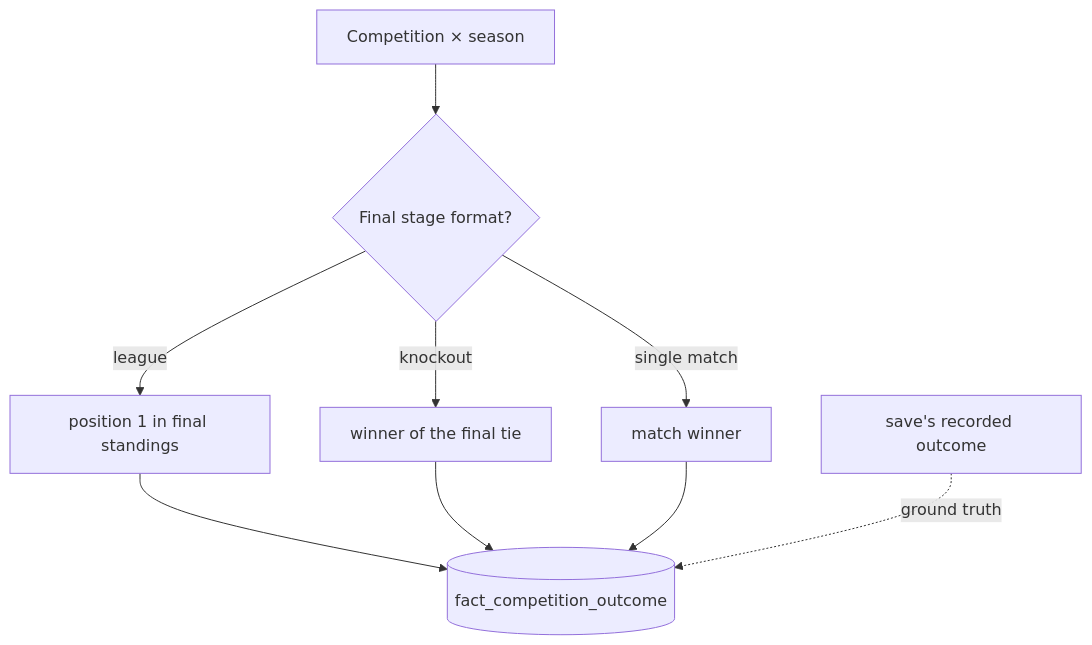
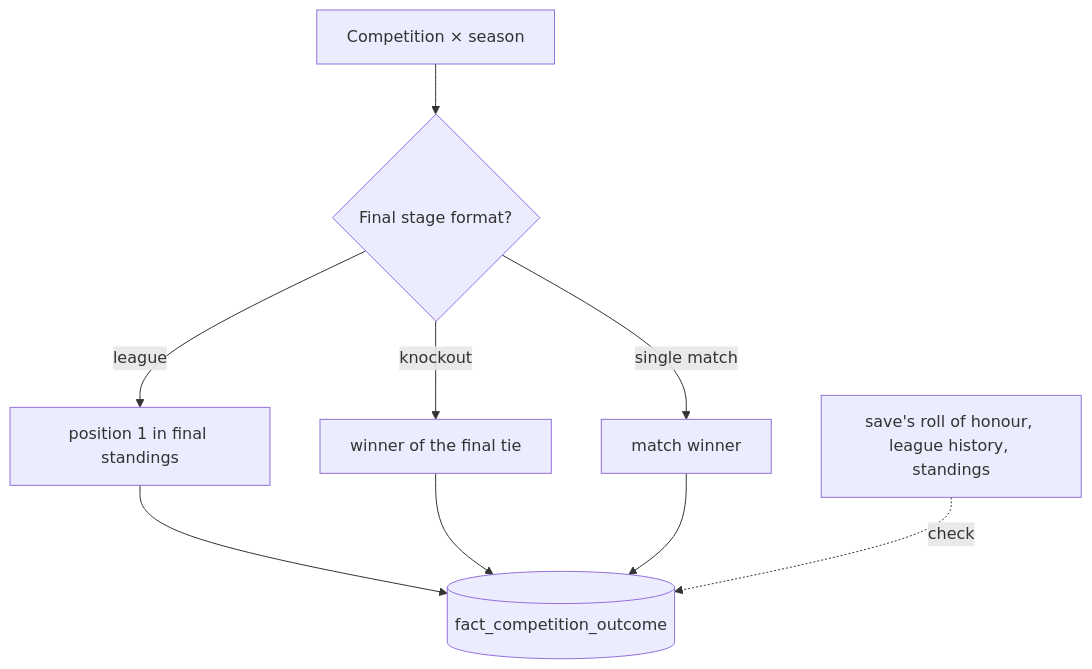
The second of 2 diagrams in docs/data-model/competition.md (ZacHooper/fmm-stats), drawn with Mermaid before and after one commit. The commit also changed other lines of this file and 6 other files, not shown here.

````diff
--- a/docs/data-model/competition.md
+++ b/docs/data-model/competition.md
@@ -117,11 +117,11 @@
 ```mermaid
 flowchart TD
     C[Competition × season] --> F{Final stage format?}
     F -->|league| W1[position 1 in final standings]
     F -->|knockout| W2[winner of the final tie]
     F -->|single match| W3[match winner]
     W1 --> O[(fact_competition_outcome)]
     W2 --> O
     W3 --> O
-    G[save's recorded outcome] -. ground truth .-> O
+    G[save's roll of honour, league history, standings] -. check .-> O
 ```
````
